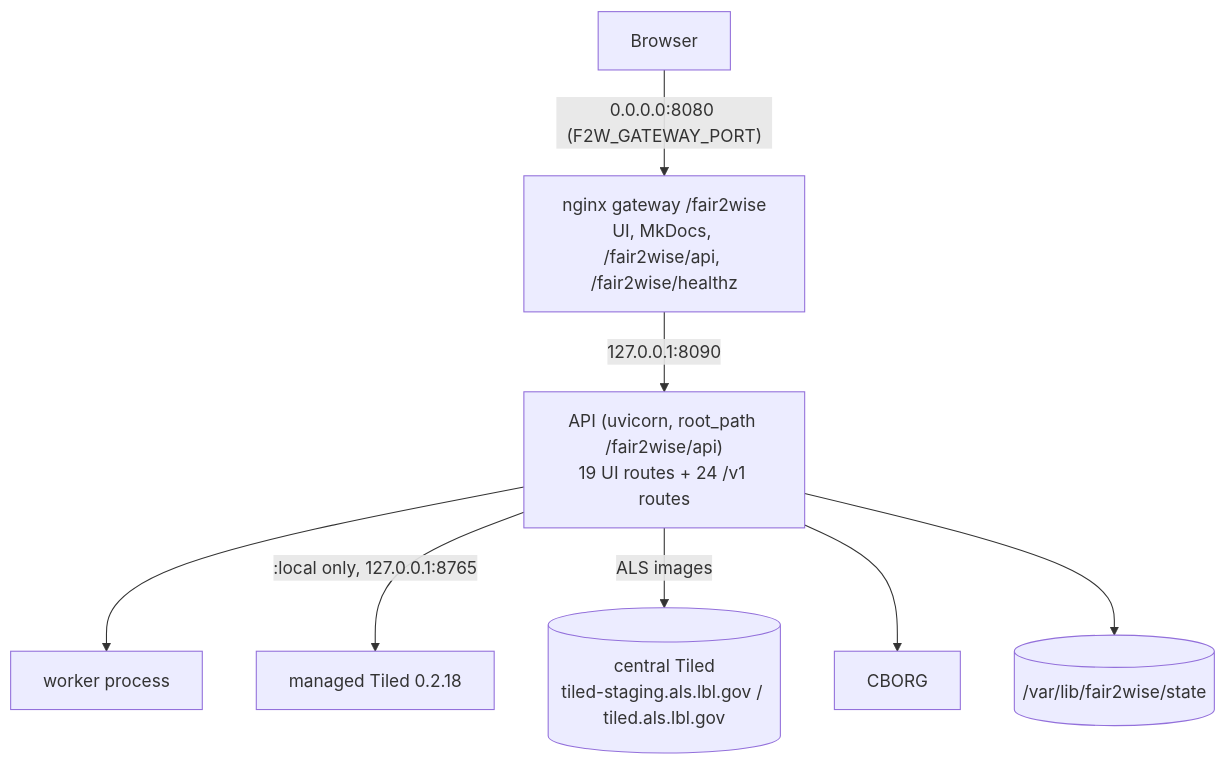
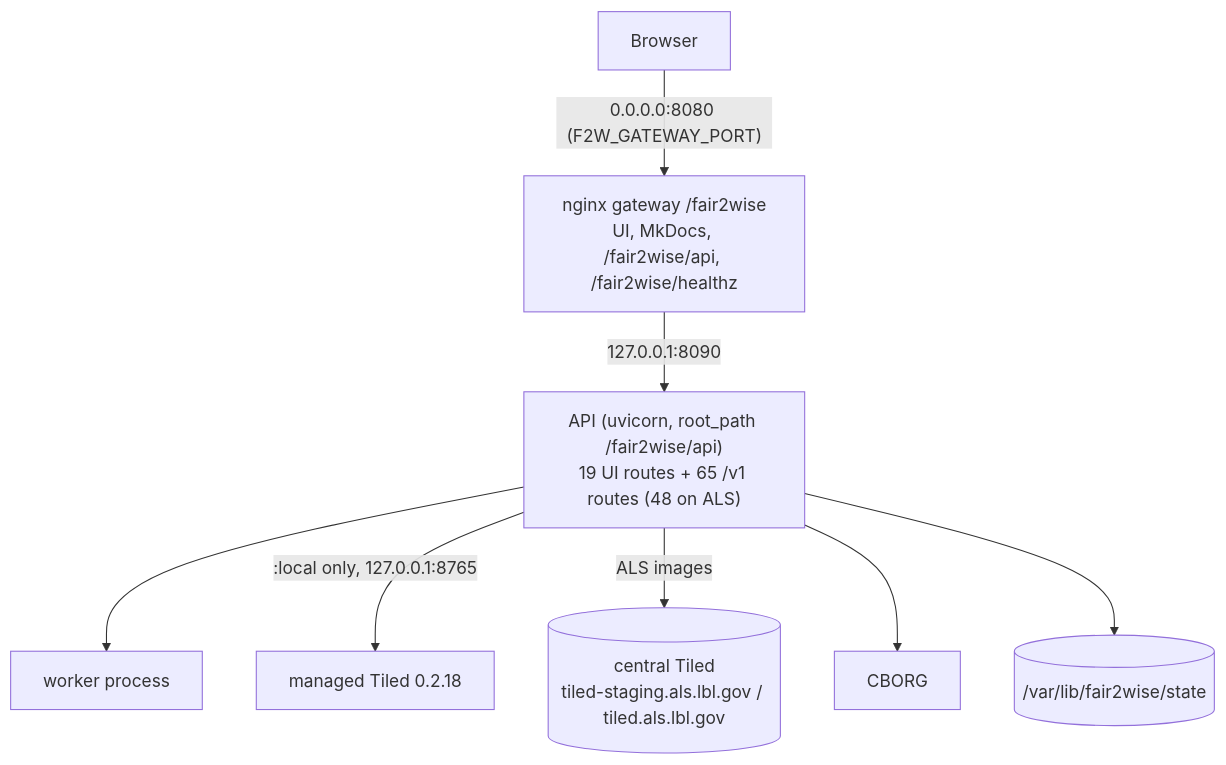
One commit to fair2wise/FAIR2WISE changed the diagram in mkdocs/docs/current-architecture.md. Above: the diagram before and after it, drawn with Mermaid. The commit also changed other lines of this file and 13 other files, not shown here.

````diff
--- a/mkdocs/docs/current-architecture.md
+++ b/mkdocs/docs/current-architecture.md
@@ -34,10 +42,10 @@
 ```mermaid
 flowchart TB
     Browser[Browser] -->|"0.0.0.0:8080 (F2W_GATEWAY_PORT)"| GW["nginx gateway /fair2wise<br/>UI, MkDocs, /fair2wise/api, /fair2wise/healthz"]
-    GW -->|127.0.0.1:8090| API["API (uvicorn, root_path /fair2wise/api)<br/>19 UI routes + 24 /v1 routes"]
+    GW -->|127.0.0.1:8090| API["API (uvicorn, root_path /fair2wise/api)<br/>19 UI routes + 65 /v1 routes (48 on ALS)"]
     API --> Worker[worker process]
     API -->|":local only, 127.0.0.1:8765"| Tiled[managed Tiled 0.2.18]
     API -->|"ALS images"| Central[(central Tiled<br/>tiled-staging.als.lbl.gov / tiled.als.lbl.gov)]
     API --> CBORG[CBORG]
     API --> State[(/var/lib/fair2wise/state)]
 ```
````
